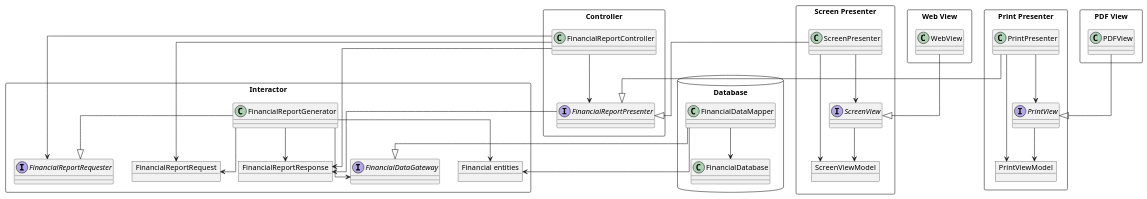
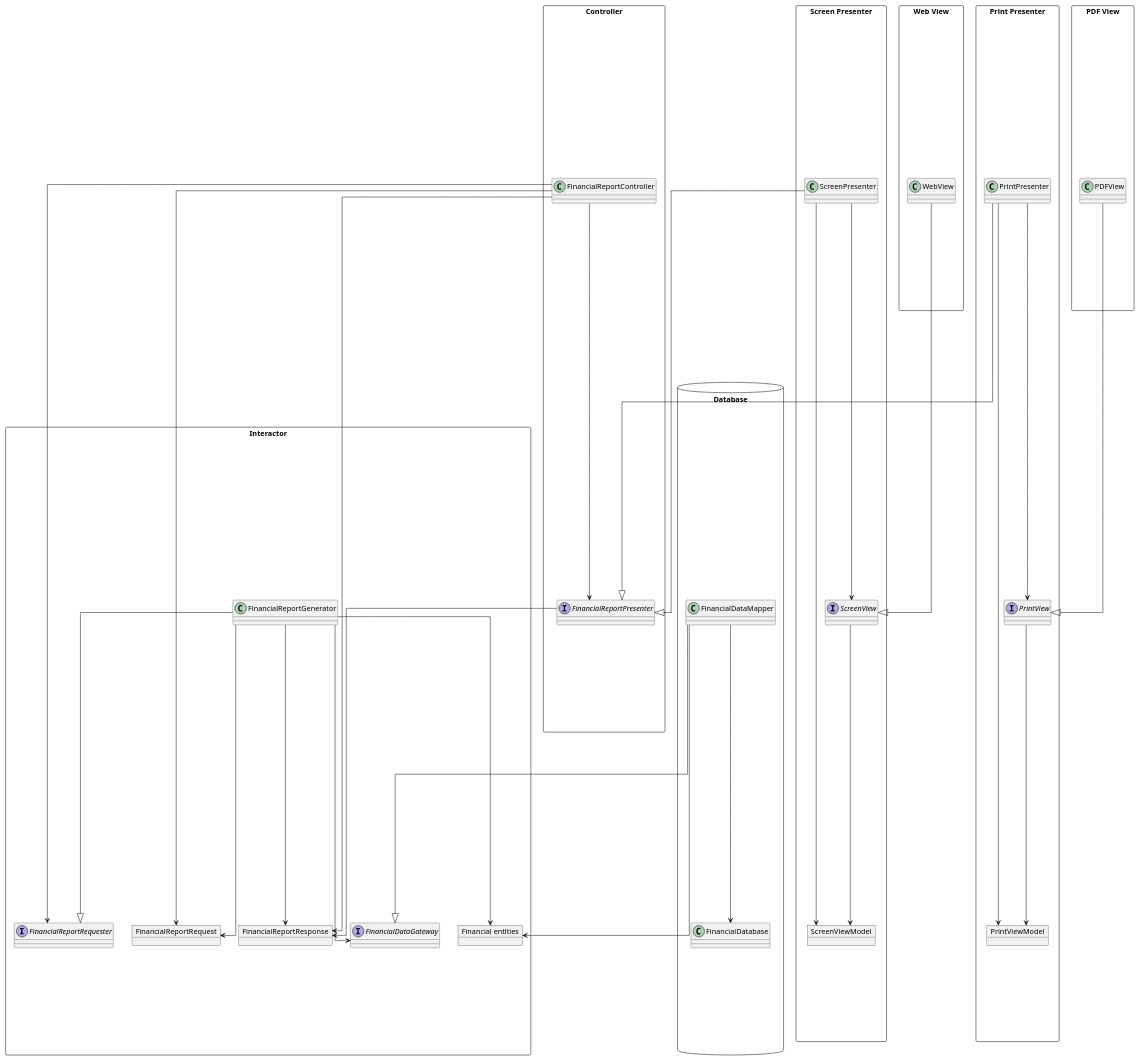
One commit to huland/logseq-notes changed the third of 4 diagrams in pages/Robert C. Martin - Clean Architecture A Craftsman's Guide to Software Structure and Design.md. Above: the diagram before and after it, drawn with PlantUML.

Commit message:
Auto saved by Logseq

```diff
--- a/pages/Robert C. Martin - Clean Architecture A Craftsman's Guide to Software Structure and Design.md
+++ b/pages/Robert C. Martin - Clean Architecture A Craftsman's Guide to Software Structure and Design.md
@@ -203,63 +203,61 @@
 				  @startuml
 				  skinparam linetype ortho
-				  
+				  !pragma ratio 1.0
 				  package Interactor <<Rectangle>> {
 				    object FinancialReportRequest
 				    interface FinancialReportRequester
 				    object FinancialReportResponse
 				    class FinancialReportGenerator
 				    interface FinancialDataGateway
 				    object "Financial entities" as FinancialEntities
 				  }
 				  package Controller <<Rectangle>> {
 				    class FinancialReportController 
 				    interface FinancialReportPresenter
 				  }
 				  package Database <<Database>> {
 				    class FinancialDataMapper 
 				    class FinancialDatabase
 				  }
 				  package "Screen Presenter" as ScreenPres <<Rectangle>> {
-				    together {
-				      class ScreenPresenter
-				      object ScreenViewModel
-				      interface ScreenView
-				    }
+				    class ScreenPresenter
+				    object ScreenViewModel
+				    interface ScreenView
 				  }
 				  package "Print Presenter" as PrintPres <<Rectangle>> {
 				    class PrintPresenter
 				    object PrintViewModel
 				    interface PrintView
 				  } 
 				  package "PDF View" as PDFV <<Rectangle>> {
 				    class PDFView
 				  } 
 				  package "Web View" as WebV <<Rectangle>> {
 				    class WebView
 				  } 
 				  
 				  FinancialReportGenerator --> FinancialReportRequest
 				  FinancialReportGenerator --> FinancialEntities
 				  FinancialReportGenerator --> FinancialReportResponse
 				  FinancialReportGenerator --> FinancialDataGateway
 				  FinancialReportGenerator --|> FinancialReportRequester
 				  FinancialDataMapper --> FinancialDatabase
 				  FinancialDataMapper --> FinancialEntities
 				  FinancialDataMapper --|> FinancialDataGateway
 				  FinancialReportController --> FinancialReportPresenter
 				  FinancialReportPresenter --> FinancialReportResponse
 				  FinancialReportController --> FinancialReportRequest
 				  FinancialReportController --> FinancialReportRequester
 				  FinancialReportController --> FinancialReportResponse
 				  ScreenPresenter --> ScreenView
 				  ScreenView --> ScreenViewModel
 				  ScreenPresenter --> ScreenViewModel
 				  ScreenPresenter --|> FinancialReportPresenter
 				  PrintPresenter --> PrintView
 				  PrintView --> PrintViewModel
 				  PrintPresenter --> PrintViewModel
 				  PrintPresenter --|> FinancialReportPresenter
 				  WebView --|> ScreenView
 				  PDFView --|> PrintView
 				  
 				  @enduml
```
